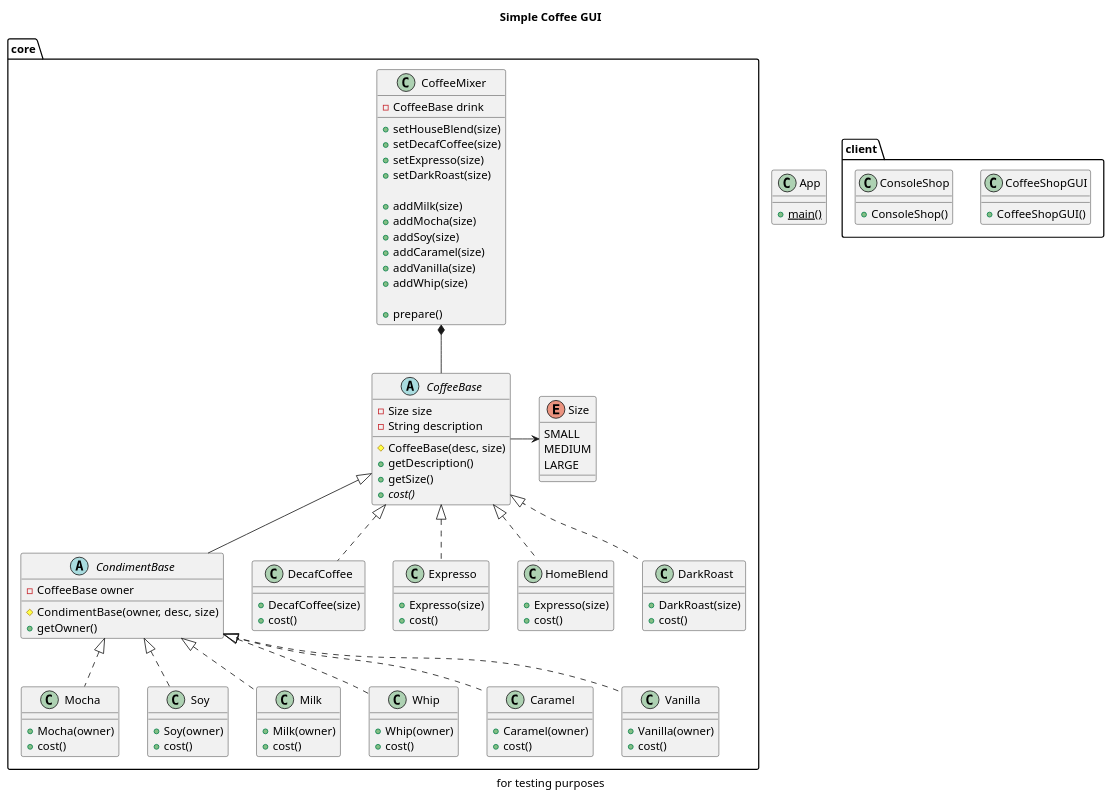
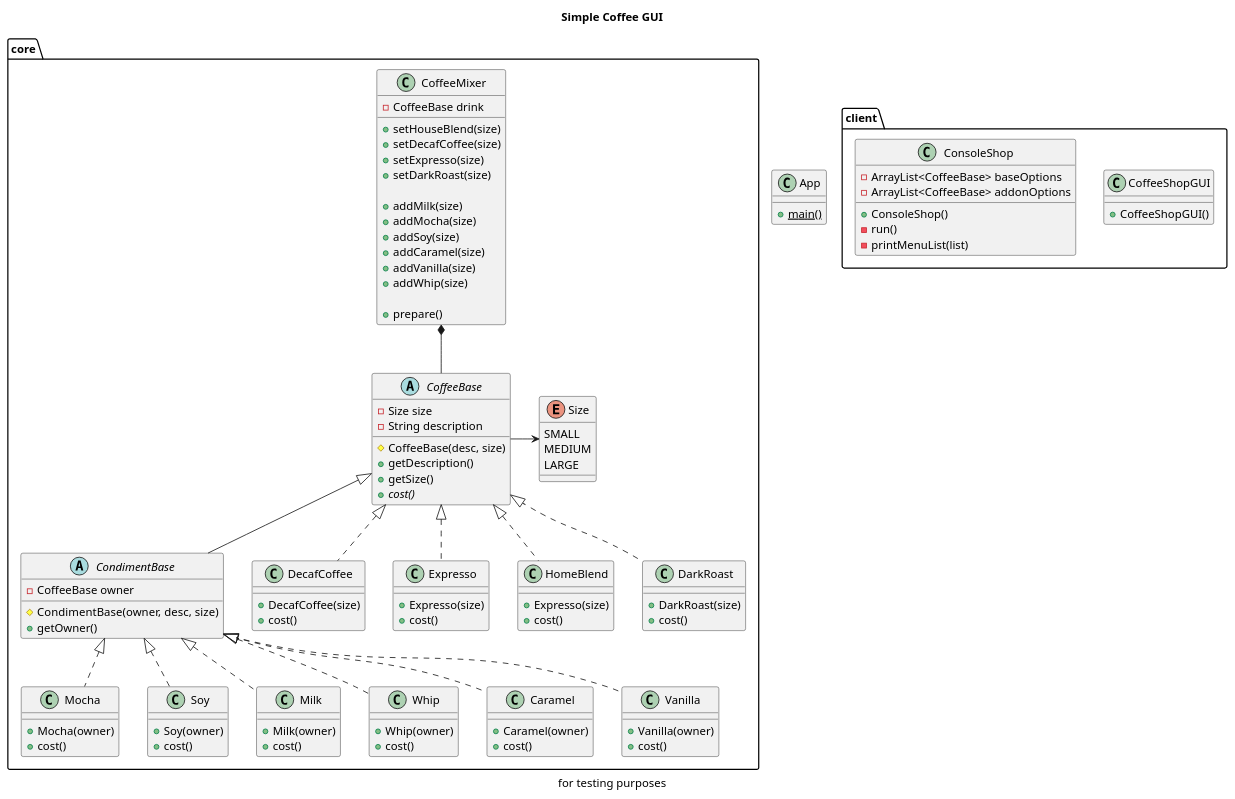
Before and after one commit to zeldafan3421/Assignment-Coffee-Shop-GUI-Decorator-Pattern-: the diagram in docs/basic_cv.puml, drawn with PlantUML. The commit also changed 6 other files, not shown here.

```diff
--- a/docs/basic_cv.puml
+++ b/docs/basic_cv.puml
@@ -1,149 +1,153 @@
 @startuml basic_cv
 
 title Simple Coffee GUI
 
 package core
 {
     abstract class CoffeeBase
     {
         -Size size
         -String description
 
         #CoffeeBase(desc, size)
         +getDescription()
         +getSize()
         {abstract} +cost()
     }
     
     abstract class CondimentBase
     {
         -CoffeeBase owner
 
         #CondimentBase(owner, desc, size)
         +getOwner()
     }
 
     class CoffeeMixer
     {
         -CoffeeBase drink
 
         +setHouseBlend(size)
         +setDecafCoffee(size)
         +setExpresso(size)
         +setDarkRoast(size)
 
         +addMilk(size)
         +addMocha(size)
         +addSoy(size)
         +addCaramel(size)
         +addVanilla(size)
         +addWhip(size)
 
         +prepare()
     }
     
     class DecafCoffee
     {
         +DecafCoffee(size)
         +cost()
     }
 
     class Expresso
     {
         +Expresso(size)
         +cost()
     }
 
     class HomeBlend
     {
         +Expresso(size)
         +cost()
     }
 
     class DarkRoast
     {
         +DarkRoast(size)
         +cost()
     }
     
     class Mocha
     {
         +Mocha(owner)
         +cost()
     }
 
     class Soy
     {
         +Soy(owner)
         +cost()
     }
 
     class Milk
     {
         +Milk(owner)
         +cost()
     }
 
     class Whip
     {
         +Whip(owner)
         +cost()
     }
 
     class Caramel 
     {
         +Caramel(owner)
         +cost()
     }
 
     class Vanilla
     {
         +Vanilla(owner)
         +cost()
     }
 
     enum Size 
     {
         SMALL
         MEDIUM
         LARGE
     }
 }
 
 CoffeeBase <|.. DecafCoffee
 CoffeeBase <|.. Expresso
 CoffeeBase <|.. HomeBlend
 CoffeeBase <|.. DarkRoast
 
 CondimentBase <|.. Mocha
 CondimentBase <|.. Soy
 CondimentBase <|.. Milk
 CondimentBase <|.. Whip
 CondimentBase <|.. Caramel
 CondimentBase <|.. Vanilla
 
 CoffeeBase <|-- CondimentBase
 CoffeeBase -> Size
 
 CoffeeMixer *-- CoffeeBase
 
 package client
 {
     class CoffeeShopGUI
     {
         +CoffeeShopGUI()
     }
 
     class ConsoleShop
     {
+        -ArrayList<CoffeeBase> baseOptions
+        -ArrayList<CoffeeBase> addonOptions
         +ConsoleShop()
+        -run()
+        -printMenuList(list)
     }
     caption for testing purposes 
 }
 
 class App
 {
     {static} +main()
 }
 
 @enduml
```
